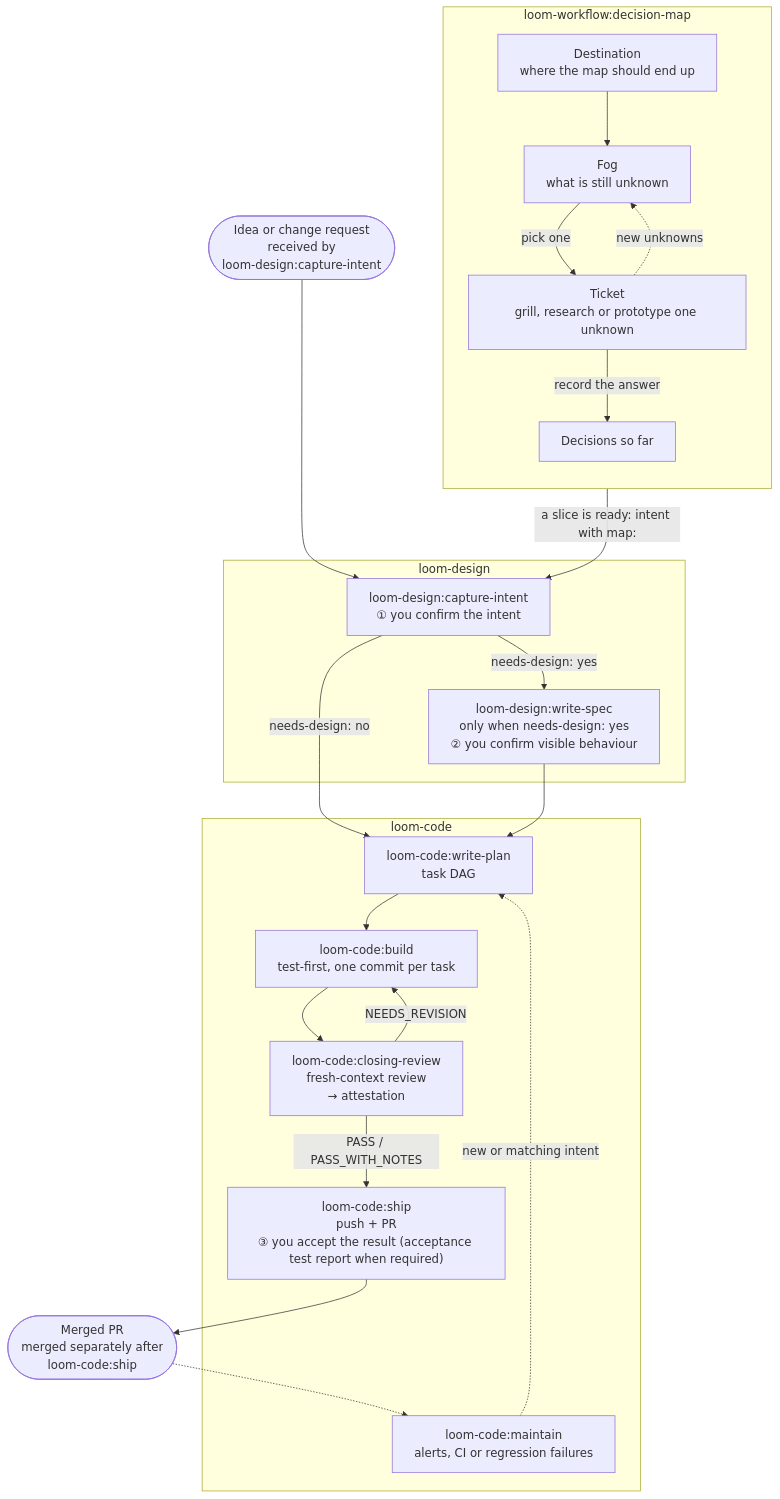
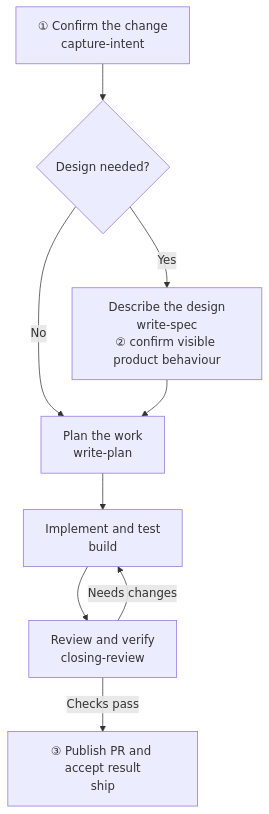
One commit to kouko/loom-plugins changed the diagram in README.md. Above: the diagram before and after it, drawn with Mermaid. The commit also changed other lines of this file and 9 other files, not shown here.

First line of the commit message:
docs: separate README flows from workflow tool catalogs

````diff
--- a/README.md
+++ b/README.md
@@ -25,46 +29,19 @@
 ```mermaid
-%%{init: {"flowchart": {"wrappingWidth": 320}}}%%
 flowchart TD
-    idea(["Idea or change request<br/>received by<br/>loom-design:capture-intent"])
+    intent["① Confirm the change<br/>capture-intent"]
+    design{"Design needed?"}
+    spec["Describe the design<br/>write-spec<br/>② confirm visible product behaviour"]
+    plan["Plan the work<br/>write-plan"]
+    build["Implement and test<br/>build"]
+    review["Review and verify<br/>closing-review"]
+    ship["③ Publish PR and accept result<br/>ship"]
 
-    subgraph dm["loom-workflow:decision-map"]
-        direction TB
-        dest["Destination<br/>where the map should end up"]
-        fog["Fog<br/>what is still unknown"]
-        ticket["Ticket<br/>grill, research or prototype one unknown"]
-        log["Decisions so far"]
-    end
-
-    subgraph design["loom-design"]
-        intent["loom-design:capture-intent<br/>① you confirm the intent"]
-        spec["loom-design:write-spec<br/>only when needs-design: yes<br/>② you confirm visible behaviour"]
-    end
-
-    subgraph code["loom-code"]
-        plan["loom-code:write-plan<br/>task DAG"]
-        build["loom-code:build<br/>test-first, one commit per task"]
-        review["loom-code:closing-review<br/>fresh-context review<br/>→ attestation"]
-        ship["loom-code:ship<br/>push + PR<br/>③ you accept the result (acceptance test report when required)"]
-        maintain["loom-code:maintain<br/>alerts, CI or regression failures"]
-    end
-
-    merged(["Merged PR<br/>merged separately after<br/>loom-code:ship"])
-
-    idea --> intent
-    intent -->|"needs-design: yes"| spec
-    intent -->|"needs-design: no"| plan
+    intent --> design
+    design -->|"Yes"| spec
+    design -->|"No"| plan
     spec --> plan
     plan --> build
     build --> review
-    review -->|"NEEDS_REVISION"| build
-    review -->|"PASS / PASS_WITH_NOTES"| ship
-    ship --> merged
-    merged -.-> maintain
-    maintain -.->|"new or matching intent"| plan
-
-    dest --> fog
-    fog -->|"pick one"| ticket
-    ticket -->|"record the answer"| log
-    ticket -.->|"new unknowns"| fog
-    dm -->|"a slice is ready: intent with map:"| intent
+    review -->|"Needs changes"| build
+    review -->|"Checks pass"| ship
 ```
````
